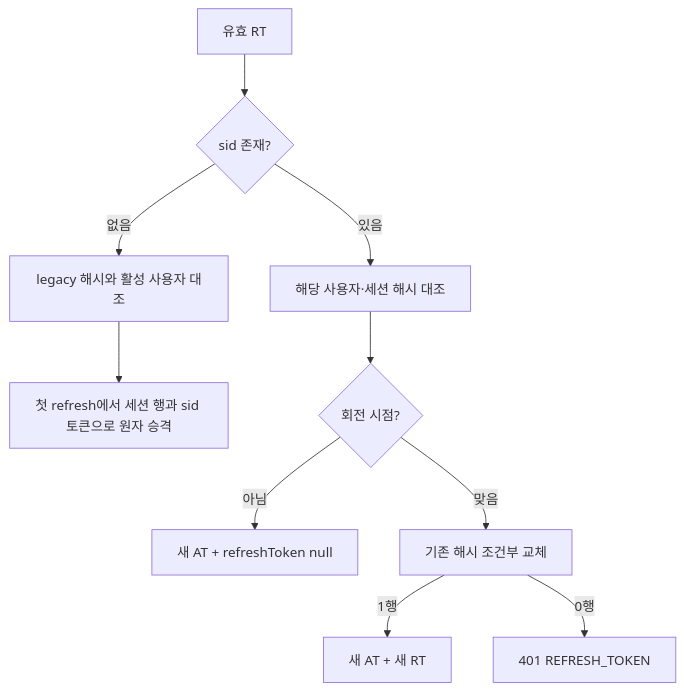
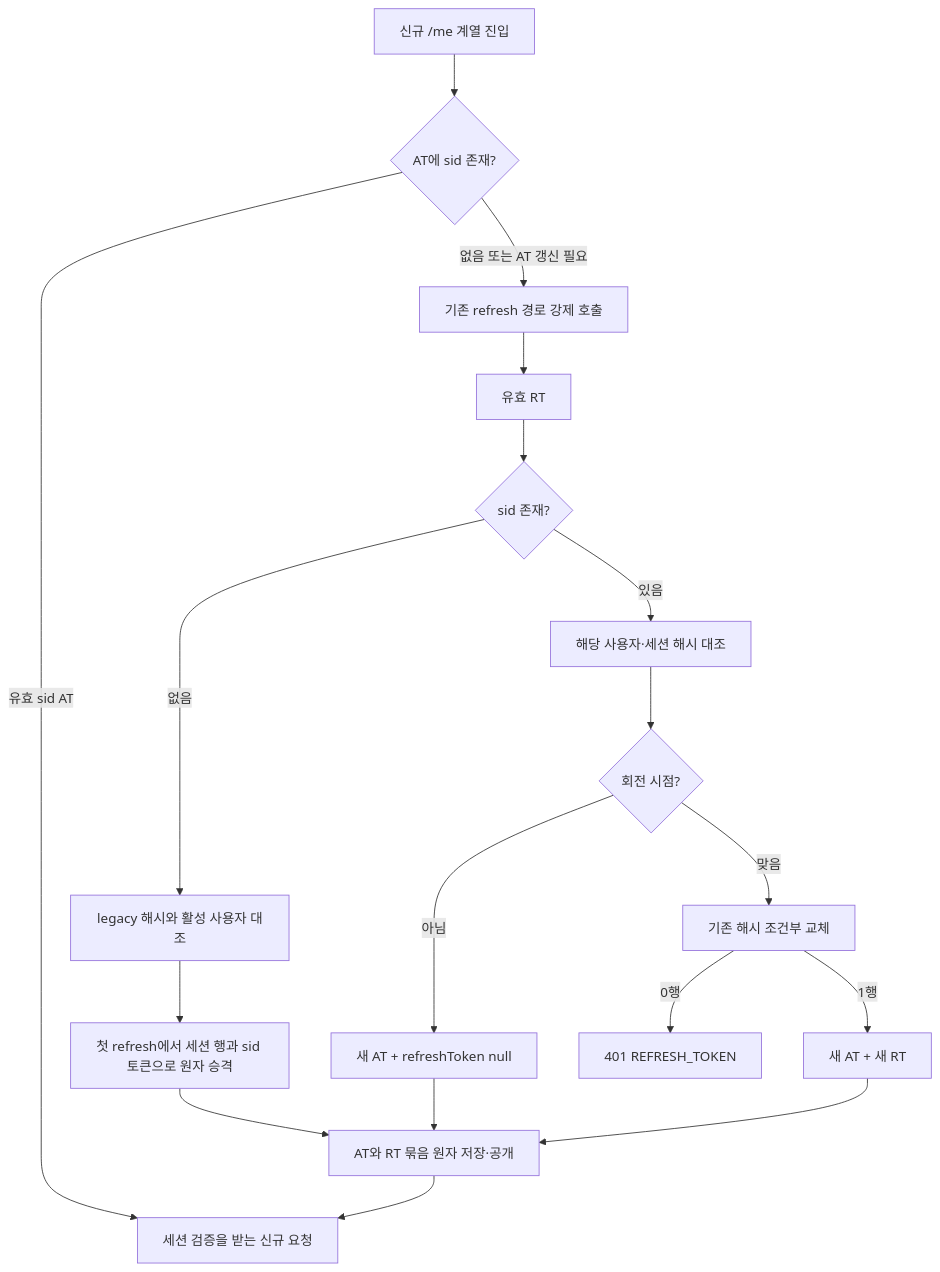
The third of 5 diagrams in docs/prd/account/high-level-design.md (OneOrThree/phone), drawn with Mermaid before and after one commit. The commit also changed other lines of this file and 4 other files, not shown here.

````diff
--- a/docs/prd/account/high-level-design.md
+++ b/docs/prd/account/high-level-design.md
@@ -65,12 +65,20 @@
 ```mermaid
 flowchart TD
-    RT[유효 RT] --> SID{sid 존재?}
+    Entry[신규 /me 계열 진입] --> AT{AT에 sid 존재?}
+    AT -->|없음 또는 AT 갱신 필요| Refresh[기존 refresh 경로 강제 호출]
+    AT -->|유효 sid AT| Ready[세션 검증을 받는 신규 요청]
+    Refresh --> RT[유효 RT]
+    RT --> SID{sid 존재?}
     SID -->|없음| Legacy[legacy 해시와 활성 사용자 대조]
     Legacy --> Promote[첫 refresh에서 세션 행과 sid 토큰으로 원자 승격]
     SID -->|있음| Session[해당 사용자·세션 해시 대조]
     Session --> Due{회전 시점?}
     Due -->|아님| Keep[새 AT + refreshToken null]
     Due -->|맞음| CAS[기존 해시 조건부 교체]
     CAS -->|1행| New[새 AT + 새 RT]
     CAS -->|0행| Fail[401 REFRESH_TOKEN]
+    Promote --> Store[AT와 RT 묶음 원자 저장·공개]
+    Keep --> Store
+    New --> Store
+    Store --> Ready
 ```
````
